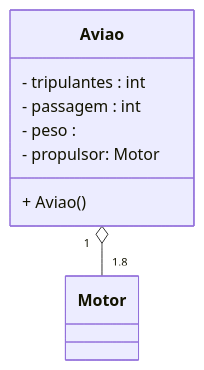
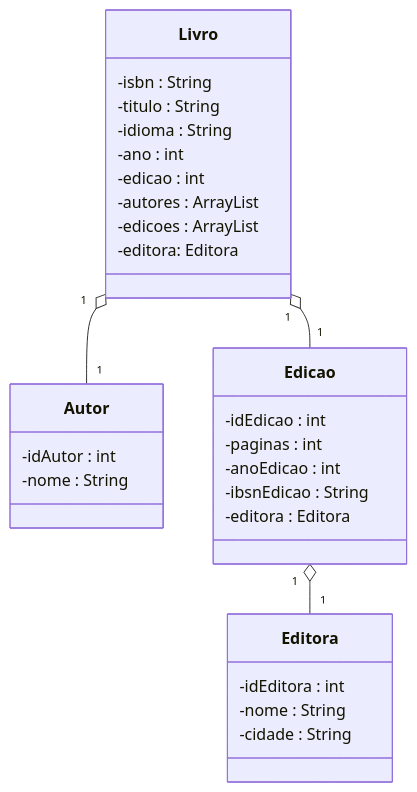
One commit to victorlcrd/poo-gradlw changed the third of 3 diagrams in entre-classes/Readme.md. Above: the diagram before and after it, drawn with Mermaid. The commit also changed 29 other files, not shown here.

````diff
--- a/entre-classes/Readme.md
+++ b/entre-classes/Readme.md
@@ -44,19 +44,39 @@
 ```mermaid
     classDiagram
         
-        class Aviao{
-            - tripulantes : int
-            - passagem : int
-            - peso : 
-            - propulsor: Motor
-            + Aviao() 
-         
+        class Livro{
+            -isbn : String
+            -titulo : String
+            -idioma : String
+            -ano : int
+            -edicao : int
+            -autores : ArrayList<Autor>
+            -edicoes : ArrayList<Edicao>
+            -editora: Editora
             }
             
-        class Motor{
-            
+        class Editora{
+            -idEditora : int
+            -nome : String
+            -cidade : String
             }
             
-            Aviao"1" o-- "1.8"Motor
+            class Autor {
+                -idAutor : int
+                -nome : String
+            }
+            
+            class Edicao{
+                -idEdicao : int
+                -paginas : int
+                -anoEdicao : int
+                -ibsnEdicao : String
+                -editora : Editora
+            }
+            
+            Edicao"1" o-- "1"Editora
+            Livro"1" o-- "1"Edicao
+            Livro"1" o-- "1"Autor
+            
             
 ```
````
